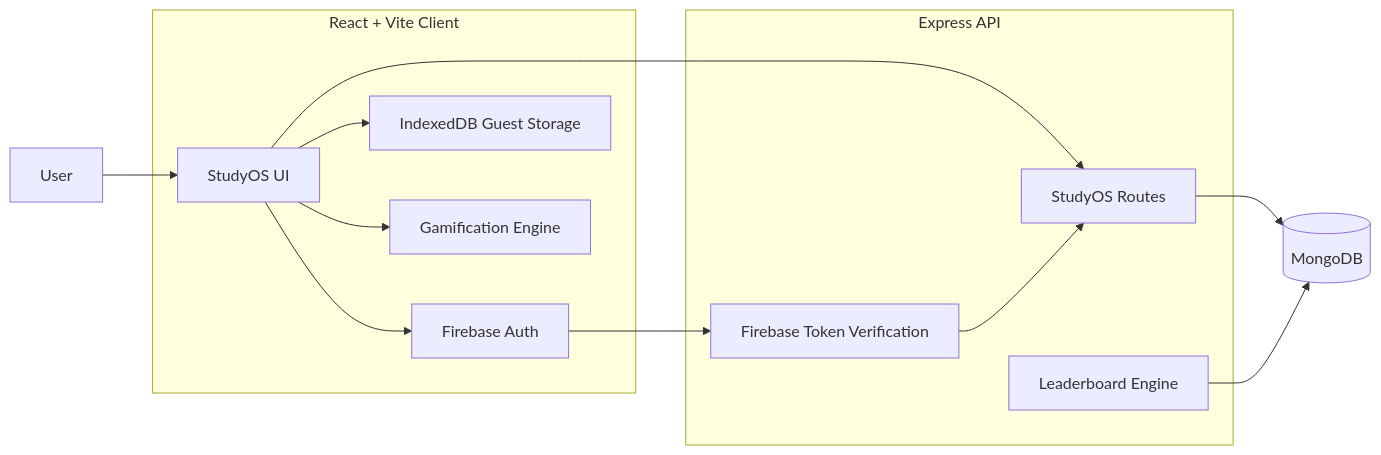
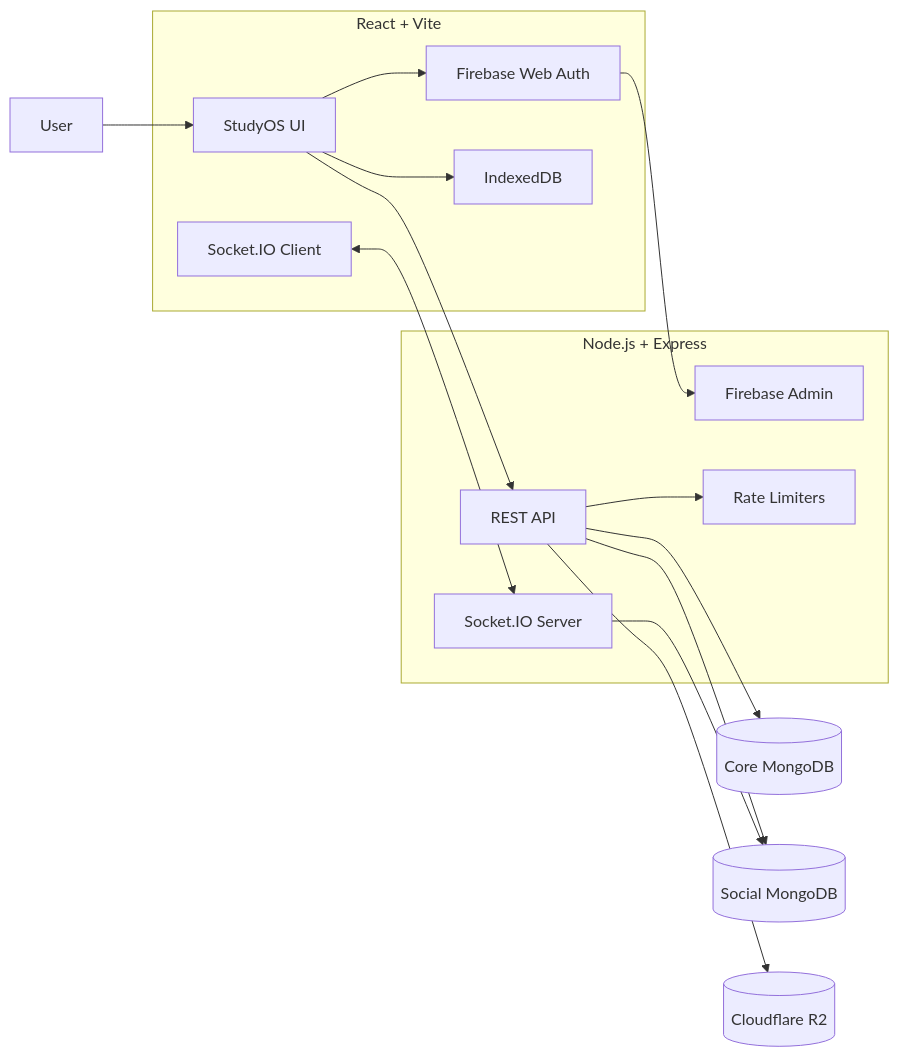
One commit to Vaibh37/Studyos changed the diagram in README.md. Above: the diagram before and after it, drawn with Mermaid. The commit also changed other lines of this file, not shown here.

Commit message:
docs: update README for StudyOS v3.0

````diff
--- a/README.md
+++ b/README.md
@@ -435,34 +289,38 @@
 ```mermaid
 flowchart LR
 
-    USER[User]
+    U[User]
 
-    subgraph CLIENT["React + Vite Client"]
+    subgraph C["React + Vite"]
         UI[StudyOS UI]
-        AUTH[Firebase Auth]
-        GUEST[IndexedDB Guest Storage]
-        GAME[Gamification Engine]
+        AUTH[Firebase Web Auth]
+        LOCAL[IndexedDB]
+        SOCKET[Socket.IO Client]
     end
 
-    subgraph SERVER["Express API"]
-        VERIFY[Firebase Token Verification]
-        ROUTES[StudyOS Routes]
-        LEADERBOARD[Leaderboard Engine]
+    subgraph B["Node.js + Express"]
+        API[REST API]
+        VERIFY[Firebase Admin]
+        RT[Socket.IO Server]
+        LIMIT[Rate Limiters]
     end
 
-    DATABASE[(MongoDB)]
+    CORE[(Core MongoDB)]
+    SOCIAL[(Social MongoDB)]
+    R2[(Cloudflare R2)]
 
-    USER --> UI
+    U --> UI
 
     UI --> AUTH
-    UI --> GUEST
-    UI --> GAME
+    UI --> LOCAL
+    UI --> API
+    SOCKET <--> RT
 
     AUTH --> VERIFY
+    API --> LIMIT
 
-    UI --> ROUTES
-    VERIFY --> ROUTES
-
-    ROUTES --> DATABASE
-    LEADERBOARD --> DATABASE
+    API --> CORE
+    API --> SOCIAL
+    RT --> SOCIAL
+    API --> R2
 ```
````
